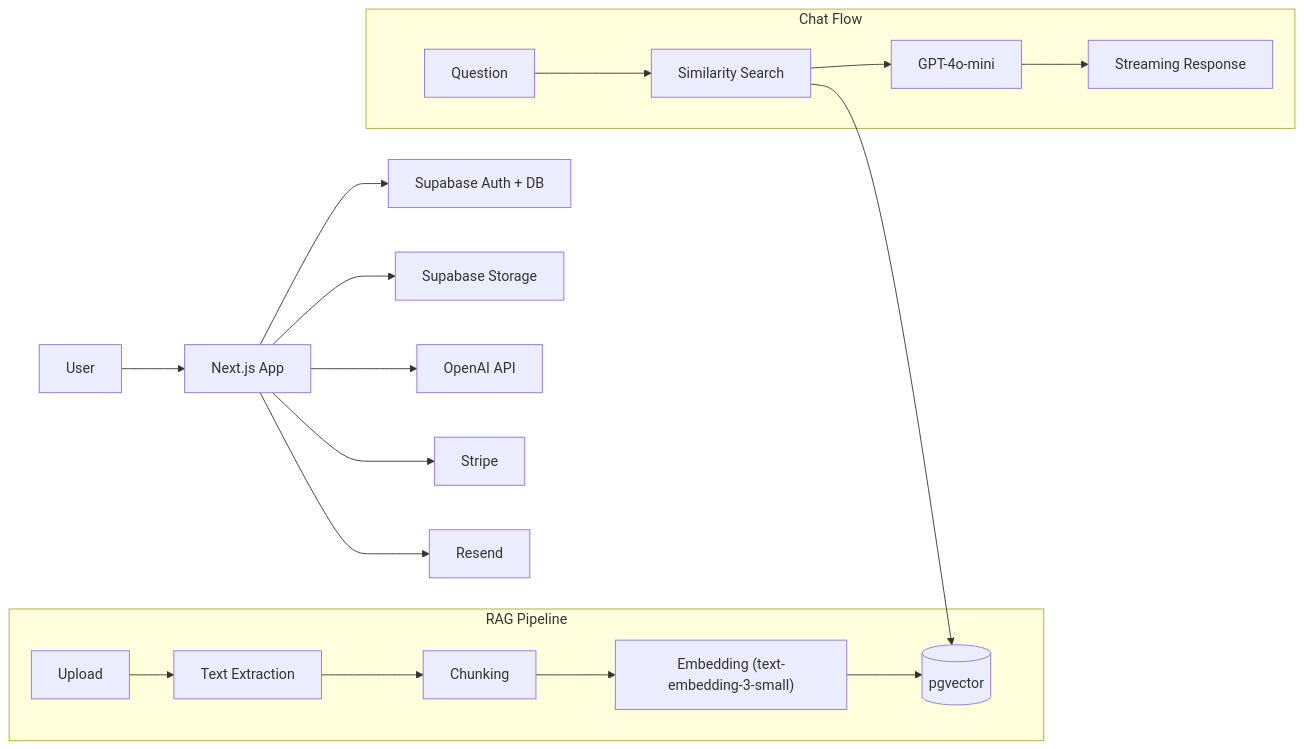
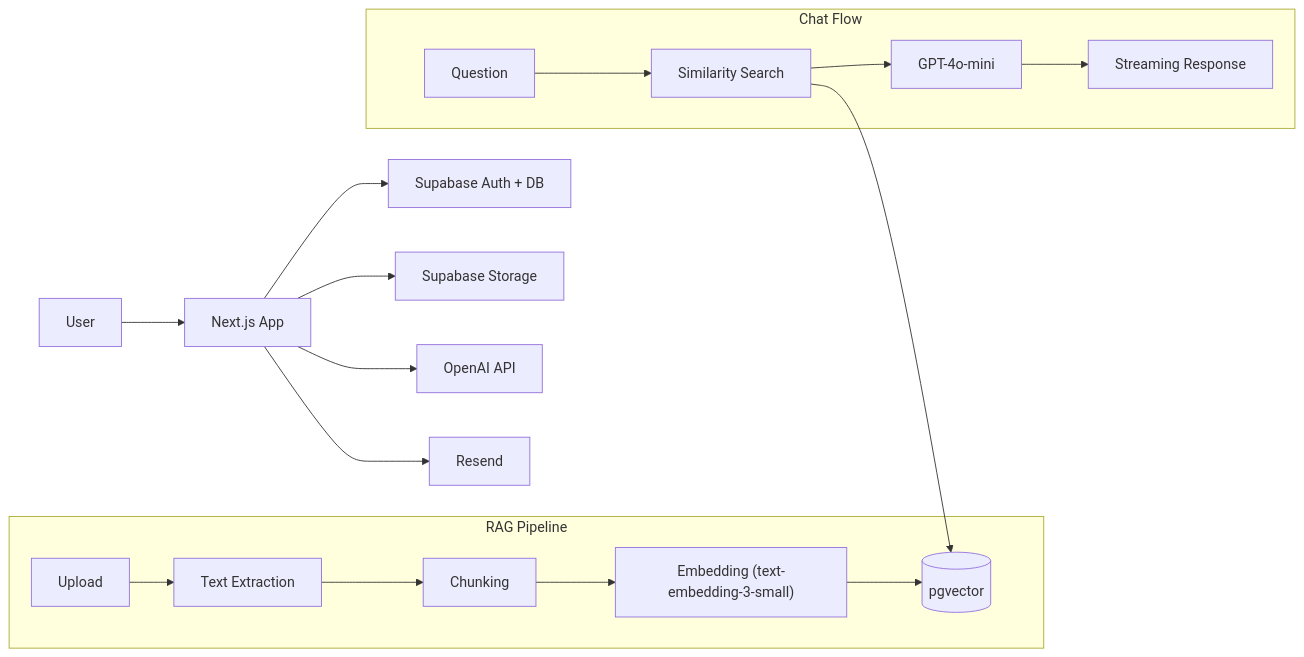
Before and after one commit to Docat0209/DocChat: the diagram in README.md, drawn with Mermaid. The commit also changed other lines of this file, not shown here.

First line of the commit message:
Remove Stripe setup details from README

````diff
--- a/README.md
+++ b/README.md
@@ -80,23 +78,22 @@
 ```mermaid
 flowchart LR
   User --> NextJS["Next.js App"]
   NextJS --> Supabase["Supabase Auth + DB"]
   NextJS --> Storage["Supabase Storage"]
   NextJS --> OpenAI["OpenAI API"]
-  NextJS --> Stripe
   NextJS --> Resend
 
   subgraph RAG Pipeline
     Upload --> Extract["Text Extraction"]
     Extract --> Chunk["Chunking"]
     Chunk --> Embed["Embedding (text-embedding-3-small)"]
     Embed --> pgvector[("pgvector")]
   end
 
   subgraph Chat Flow
     Question --> Retrieve["Similarity Search"]
     Retrieve --> pgvector
     Retrieve --> LLM["GPT-4o-mini"]
     LLM --> Stream["Streaming Response"]
   end
 ```
````
